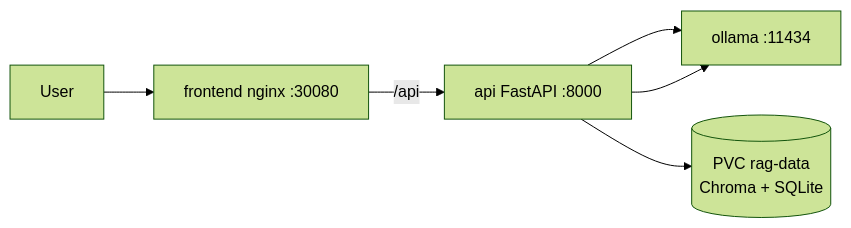
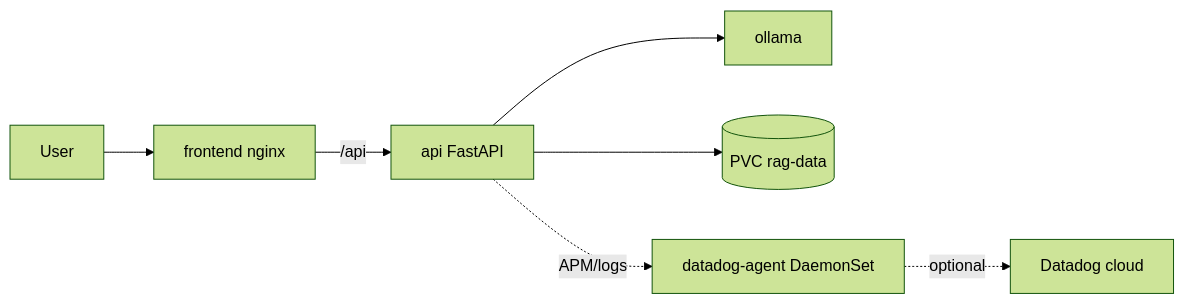
The diagram in README.md (white-vatasha/mtg-rag), drawn with Mermaid (forest theme) before and after one commit. The commit also changed other lines of this file and 3 other files, not shown here.

````diff
--- a/README.md
+++ b/README.md
@@ -300,8 +343,9 @@
 ```mermaid
 flowchart LR
-  User --> Frontend[frontend nginx :30080]
-  Frontend -->|/api| API[api FastAPI :8000]
-  API --> Ollama[ollama :11434]
-  API --> Chroma[(PVC rag-data\nChroma + SQLite)]
-  API --> Ollama
+  User --> Frontend[frontend nginx]
+  Frontend -->|/api| API[api FastAPI]
+  API --> Ollama[ollama]
+  API --> Chroma[(PVC rag-data)]
+  API -.->|APM/logs| DD[datadog-agent DaemonSet]
+  DD -.->|optional| Datadog[Datadog cloud]
 ```
````
